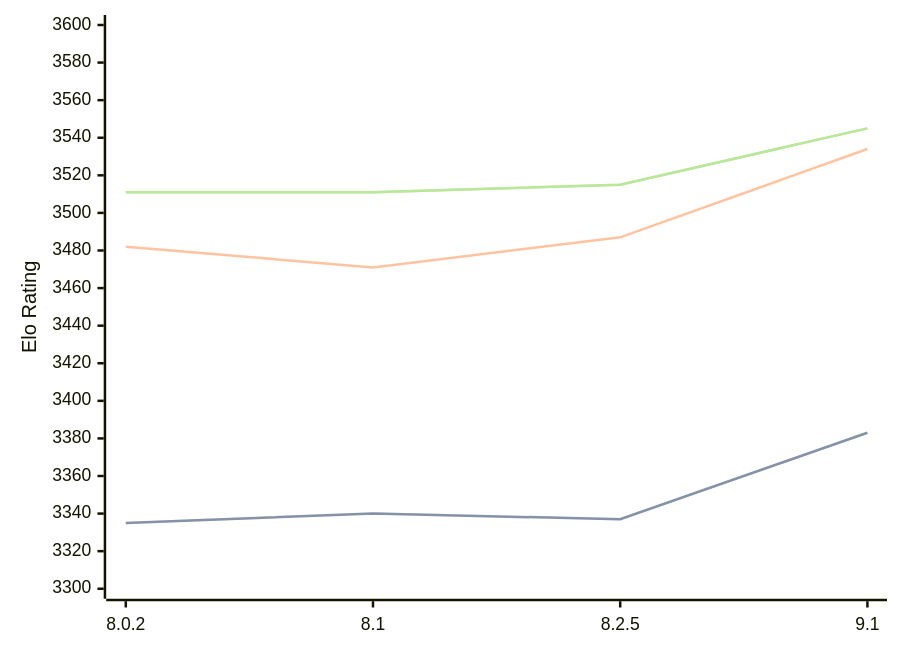
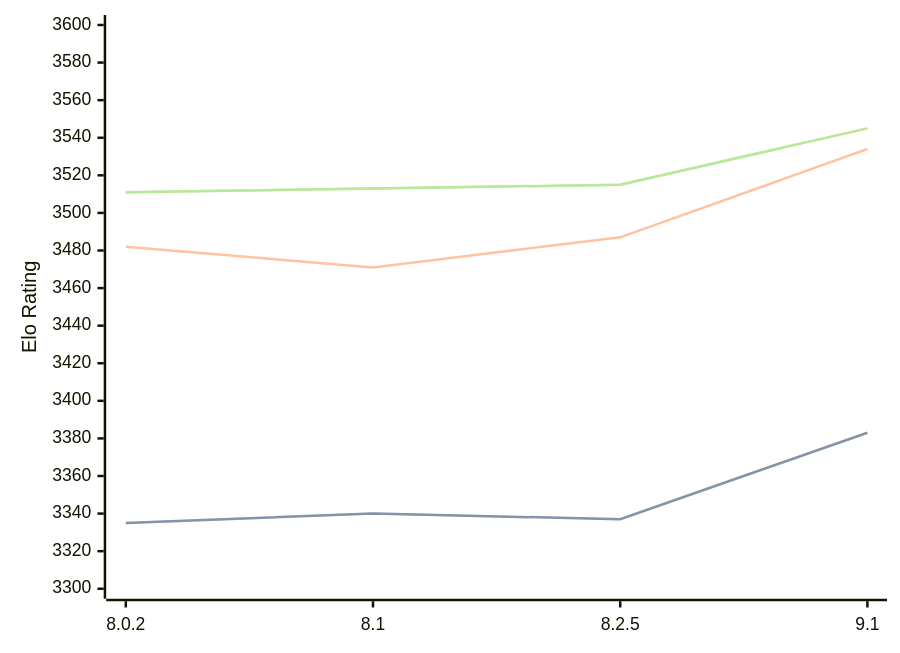
Before and after one commit to computer-chess-index/cci: the diagram in engines/Clover.md, drawn with Mermaid. The commit also changed other lines of this file, not shown here.

Commit message:
Update CCI Ratings (ELO VLTC) - 2026-08-23

````diff
--- a/engines/Clover.md
+++ b/engines/Clover.md
@@ -35,11 +35,11 @@
 ```mermaid
 %%{init: {"theme":"base","themeVariables":{"seriesColors:['#a3a3a3','#222221','#faa371']}}}%%
 xychart-beta
   x-axis ["8.0.2", "8.1", "8.2.5", "9.1"]
   y-axis "Elo Rating" 3300 --> 3600
   line "STC (8.0+0.08s)" [3335, 3340, 3337, 3383]
   line "STC (8.0+0.08s)" [3335, 3340, 3337, 3383]
   line "LTC (60.0+0.60s)" [3482, 3471, 3487, 3534]
-  line "VLTC (2m24s+1.12s)" [3511, 3511, 3515, 3545]
-  line "VLTC (2m24s+1.12s)" [3511, 3511, 3515, 3545]
+  line "VLTC (2m24s+1.12s)" [3511, 3513, 3515, 3545]
+  line "VLTC (2m24s+1.12s)" [3511, 3513, 3515, 3545]
 ```
````
